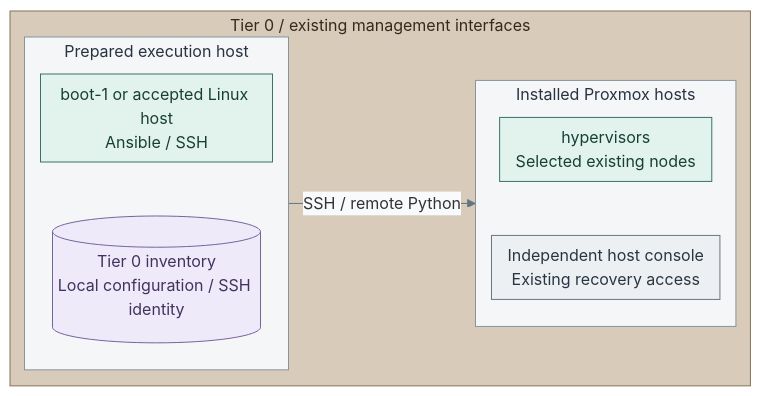
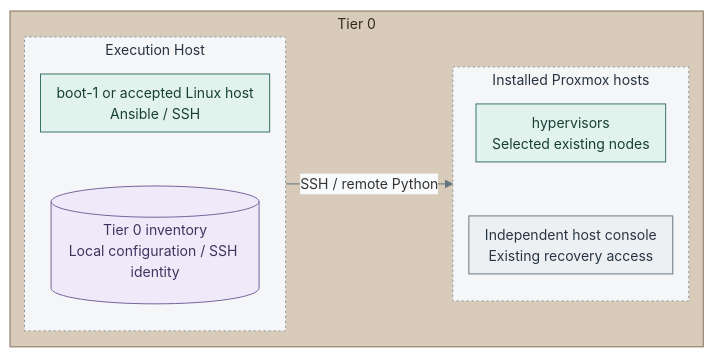
The diagram in docs/05-operations/01-hosting/README.md (Rexus/homelab), drawn with Mermaid before and after one commit. The commit also changed 124 other files, not shown here.

First line of the commit message:
fix(platform): align service diagrams and directory failover

````diff
--- a/docs/05-operations/01-hosting/README.md
+++ b/docs/05-operations/01-hosting/README.md
@@ -8,32 +8,32 @@
 ```mermaid
-%%{init: {"theme":"base","flowchart":{"nodeSpacing":12,"rankSpacing":4,"padding":8,"subGraphTitleMargin":{"top":2,"bottom":8}},"themeVariables":{"lineColor":"#627581","edgeLabelBackground":"#f8fafc"}}}%%
+%%{init: {"theme":"base","flowchart":{"nodeSpacing":12,"rankSpacing":4,"padding":8,"subGraphTitleMargin":{"top":2,"bottom":8}},"themeVariables":{"lineColor":"#627581","edgeLabelBackground":"#f8fafc","fontFamily":"Arial, sans-serif","fontSize":"14px"},"fontFamily":"Arial, sans-serif"}}%%
 flowchart LR
-  subgraph T0["Tier 0 / existing management interfaces"]
+  subgraph T0["Tier 0"]
     direction LR
-    subgraph Execute["Prepared execution host"]
+    subgraph Execute["Execution Host"]
       direction TB
       Tools["boot-1 or accepted Linux host<br/>Ansible / SSH"]
       Inputs[("Tier 0 inventory<br/>Local configuration / SSH identity")]
       Tools ~~~ Inputs
     end
     subgraph Hosts["Installed Proxmox hosts"]
       direction TB
       Nodes["hypervisors<br/>Selected existing nodes"]
       Console["Independent host console<br/>Existing recovery access"]
       Nodes ~~~ Console
     end
-    Execute -->|SSH / remote Python| Hosts
+    Tools -->|SSH / remote Python| Nodes
   end
   classDef default fill:#f8fafc,stroke:#64748b,color:#1f2937
   classDef control fill:#e2f3ed,stroke:#397366,color:#173f36
   classDef boundary fill:#eef2f6,stroke:#64748b,color:#1f2937
   classDef data fill:#eeeafa,stroke:#78639b,color:#42325d
   classDef actor fill:#edf0f3,stroke:#697682,color:#293642
   class Tools,Nodes control
   class Inputs data
   class Console actor
-  classDef group fill:#f5f6f7,stroke:#89939e,color:#273340
+  classDef group fill:#f5f6f7,stroke:#89939e,color:#273340,stroke-dasharray:2 3
   class Execute,Hosts group
   classDef tier0 fill:#d8cbb9,stroke:#83715a,color:#352a1e
   class T0 tier0
 ```
````
